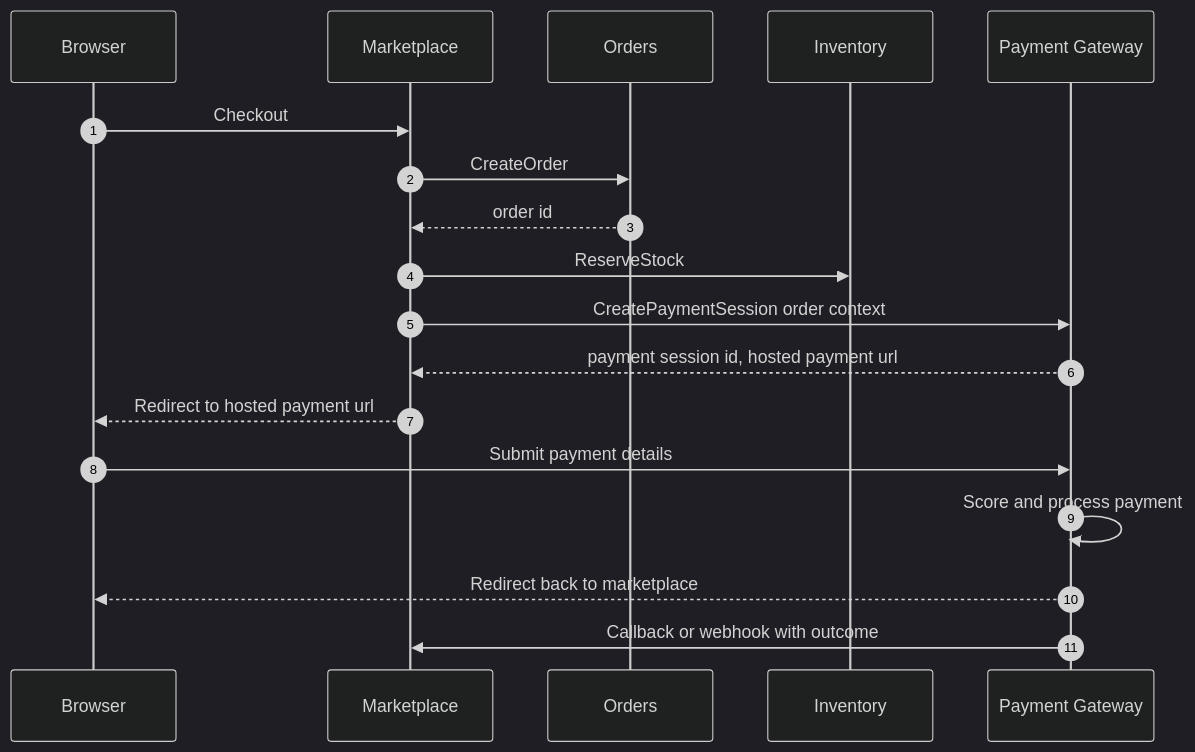
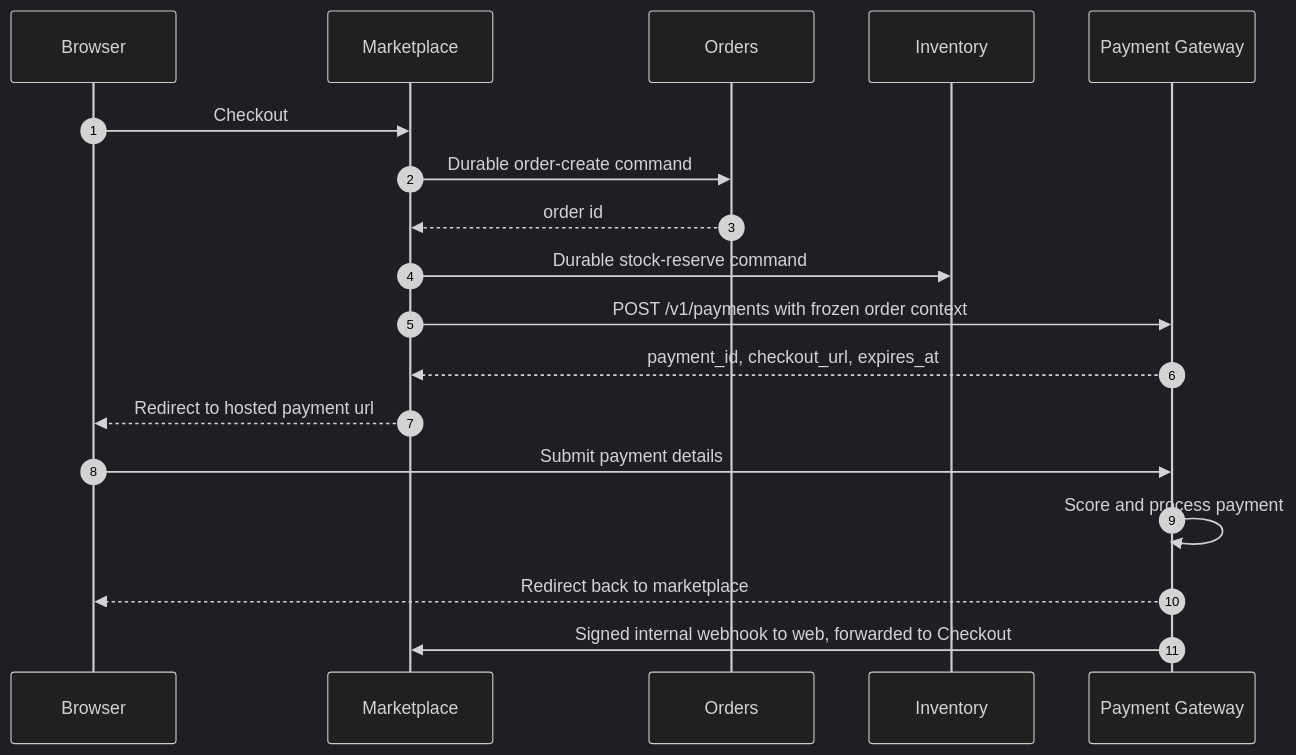
One commit to phuchoang2603/refurbished-marketplace changed the diagram in docs/ecommerce-fraud-gateway.md. Above: the diagram before and after it, drawn with Mermaid (dark theme). The commit also changed other lines of this file and 221 other files, not shown here.

First line of the commit message:
Integrate hosted payment checkout and event-fed account projection (#66)

````diff
--- a/docs/ecommerce-fraud-gateway.md
+++ b/docs/ecommerce-fraud-gateway.md
@@ -56,21 +56,21 @@
 ```mermaid
 sequenceDiagram
     autonumber
     participant B as Browser
     participant M as Marketplace
     participant O as Orders
     participant I as Inventory
     participant G as Payment Gateway
 
     B->>M: Checkout
-    M->>O: CreateOrder
+    M->>O: Durable order-create command
     O-->>M: order id
-    M->>I: ReserveStock
-    M->>G: CreatePaymentSession order context
-    G-->>M: payment session id, hosted payment url
+    M->>I: Durable stock-reserve command
+    M->>G: POST /v1/payments with frozen order context
+    G-->>M: payment_id, checkout_url, expires_at
     M-->>B: Redirect to hosted payment url
     B->>G: Submit payment details
     G->>G: Score and process payment
     G-->>B: Redirect back to marketplace
-    G->>M: Callback or webhook with outcome
+    G->>M: Signed internal webhook to web, forwarded to Checkout
 ```
````
